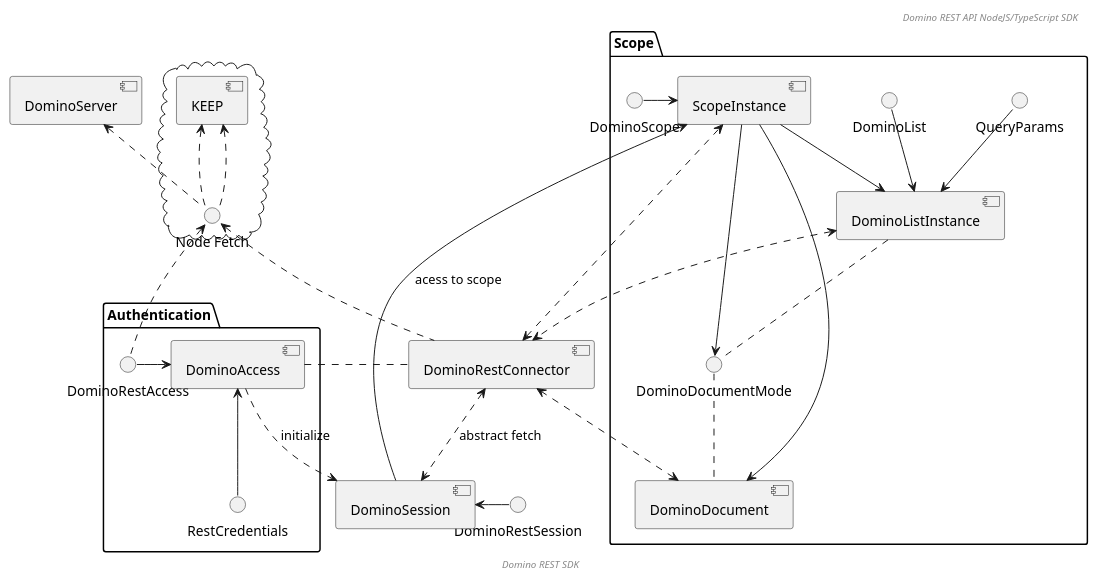
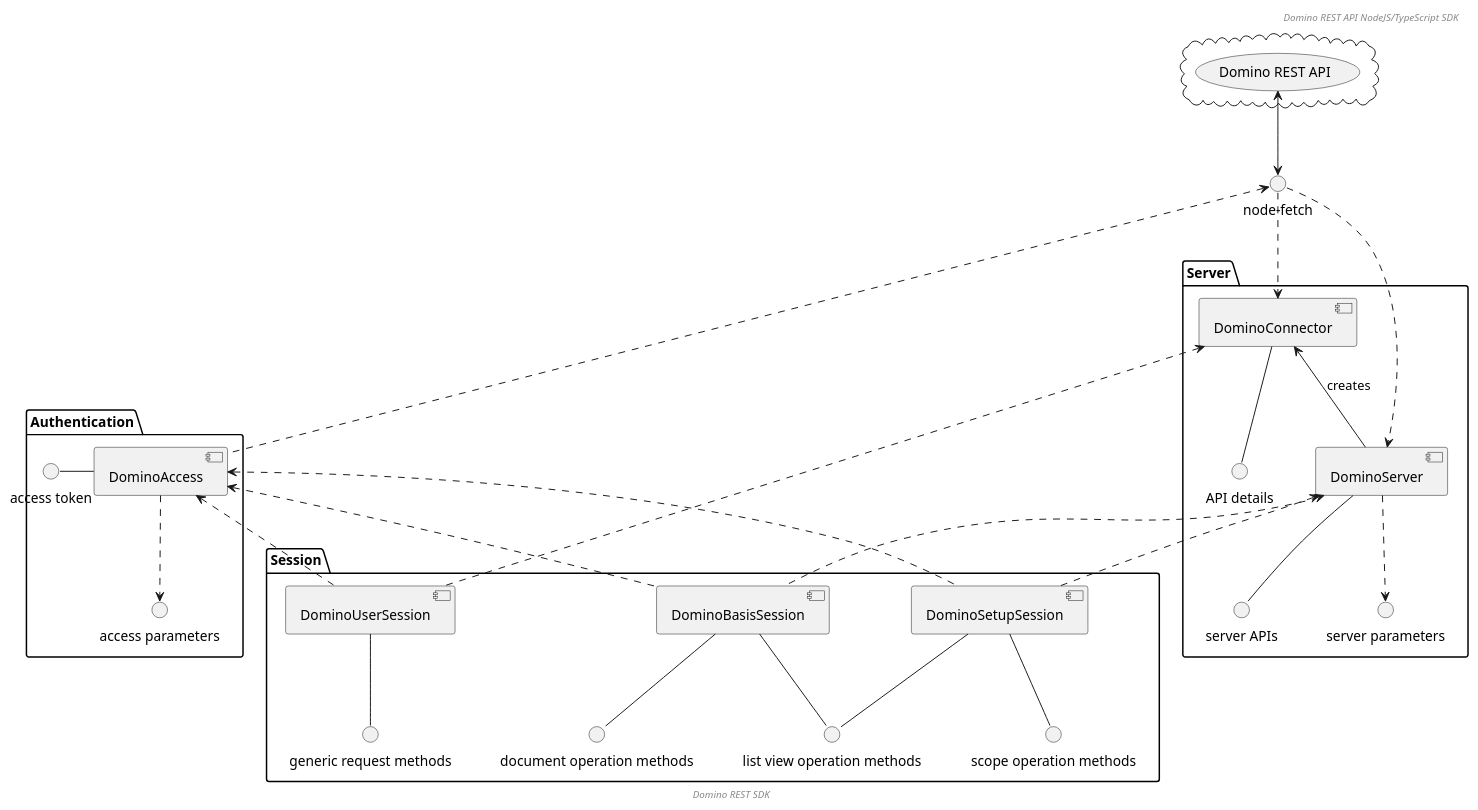
Before and after one commit to HCL-TECH-SOFTWARE/domino-rest-sdk-node: the diagram in docs/components.puml, drawn with PlantUML. The commit also changed 3 other files, not shown here.

```diff
--- a/docs/components.puml
+++ b/docs/components.puml
@@ -5,55 +5,60 @@
 @startuml SDK Components
 header // Domino REST API NodeJS/TypeScript SDK //
 
-package "Authentication" {
-() "DominoRestAccess" as dra
-() "RestCredentials" as rc
-[DominoAccess] as dac
+cloud {
+  (Domino REST API) as drapi
 }
 
-
-() "DominoRestSession" as drs
-[DominoServer] as server
-[DominoSession] as dsc
-[DominoRestConnector] as drc
-
-package "Scope" {
-() "DominoScope" as ds
-() "QueryParams" as qp
-() "DominoList" as dl
-() "DominoDocumentMode" as ddm
-[ScopeInstance] as sic
-[DominoListInstance] as dli
-[DominoDocument] as doc
+package Authentication {
+  [DominoAccess] as da
+  () "access parameters" as ap
+  () "access token" as at
 }
 
-cloud {
-    [KEEP]
-    () "Node Fetch" as nf
+package Server {
+  [DominoServer] as ds
+  [DominoConnector] as dc
+  () "server parameters" as sp
+  () "server APIs" as sa
+  () "API details" as ad
 }
 
-[KEEP] <.. nf
-[KEEP] <.. nf
-server <.. nf
-nf <.. drc
-nf <.. dra
-drc <..> dsc : abstract fetch
-dra -> dac
-dac <-- rc
-dac . drc
-dac .> dsc: initialize
-dsc <- drs
-ds -> sic
-dsc --> sic : acess to scope
-drc <..> sic
-dli <..> drc
-doc <..> drc
-sic --> dli
-dl --> dli
-qp --> dli
-sic --> ddm
-dli .. ddm
-ddm .. doc
-sic --> doc
+package Session {
+  [DominoUserSession] as dus
+  [DominoBasisSession] as dbs
+  [DominoSetupSession] as dss
+  () "generic request methods" as grm
+  () "document operation methods" as dom
+  () "list view operation methods" as dvom
+  () "scope operation methods" as som
+}
+
+() "node-fetch" as nf
+
+drapi <--> nf
+
+da ..> ap
+at - da
+nf <.. da
+
+ds ..> sp
+ds -- sa
+dc <-- ds: creates
+dc -- ad
+nf ..> ds
+nf ..> dc
+
+dus -- grm
+dbs -- dom
+dbs -- dvom
+dss -- dvom
+dss -- som
+da <.. dus
+dc <.. dus
+da <.. dbs
+ds <.. dbs
+da <.. dss
+ds <.. dss
+
 footer //Domino REST SDK //
 @enduml
```
